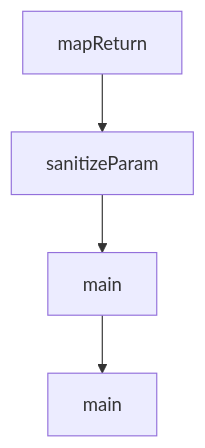
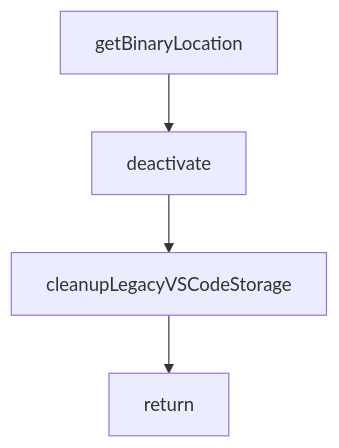
The diagram in tutorials/cline-tutorial/08-team-and-enterprise-operations.md (johnxie/awesome-code-docs), drawn with Mermaid before and after one commit. The commit also changed other lines of this file and 1232 other files, not shown here.

````diff
--- a/tutorials/cline-tutorial/08-team-and-enterprise-operations.md
+++ b/tutorials/cline-tutorial/08-team-and-enterprise-operations.md
@@ -284,10 +288,10 @@
 ```mermaid
 flowchart TD
-    A[mapReturn]
-    B[sanitizeParam]
-    C[main]
-    D[main]
+    A[getBinaryLocation]
+    B[deactivate]
+    C[cleanupLegacyVSCodeStorage]
+    D[return]
     A --> B
     B --> C
     C --> D
 ```
````
